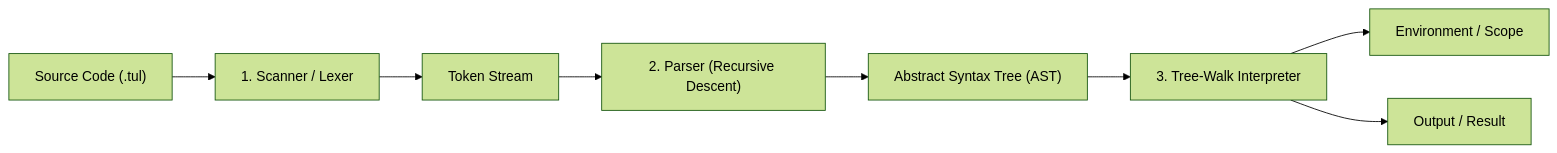
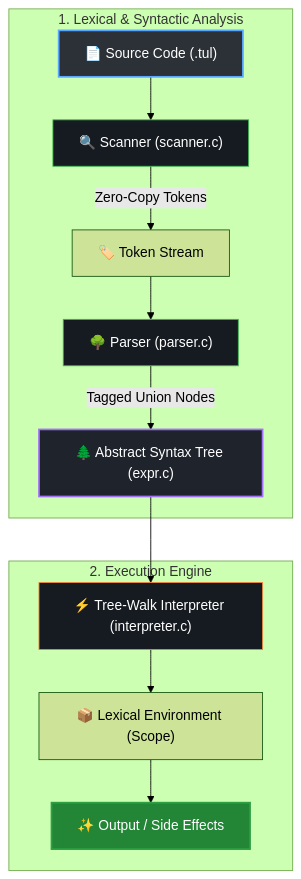
One commit to himanshu-shakya/Tul-X changed the diagram in README.md. Above: the diagram before and after it, drawn with Mermaid (forest theme). The commit also changed other lines of this file, not shown here.

Commit message:
docs: upgrade README with architecture diagrams, systems engineering deep-dive, and test matrix

````diff
--- a/README.md
+++ b/README.md
@@ -29,10 +95,22 @@
 ```mermaid
-flowchart LR
-    Source["Source Code (.tul)"] --> Scanner["1. Scanner / Lexer"]
-    Scanner --> Tokens["Token Stream"]
-    Tokens --> Parser["2. Parser (Recursive Descent)"]
-    Parser --> AST["Abstract Syntax Tree (AST)"]
-    AST --> Interpreter["3. Tree-Walk Interpreter"]
-    Interpreter --> Environment["Environment / Scope"]
-    Interpreter --> Output["Output / Result"]
+flowchart TD
+    subgraph Frontend["1. Lexical & Syntactic Analysis"]
+        Source["📄 Source Code (.tul)"] --> Scanner["🔍 Scanner (scanner.c)"]
+        Scanner -->|"Zero-Copy Tokens"| Tokens["🏷️ Token Stream"]
+        Tokens --> Parser["🌳 Parser (parser.c)"]
+        Parser -->|"Tagged Union Nodes"| AST["🌲 Abstract Syntax Tree (expr.c)"]
+    end
+
+    subgraph Runtime["2. Execution Engine"]
+        AST --> Interpreter["⚡ Tree-Walk Interpreter (interpreter.c)"]
+        Interpreter --> Scope["📦 Lexical Environment (Scope)"]
+        Scope --> Execution["✨ Output / Side Effects"]
+    end
+
+    style Source fill:#2b3137,stroke:#58a6ff,stroke-width:2px,color:#fff
+    style Scanner fill:#161b22,stroke:#3fb950,stroke-width:1px,color:#fff
+    style Parser fill:#161b22,stroke:#3fb950,stroke-width:1px,color:#fff
+    style AST fill:#1f242c,stroke:#a371f7,stroke-width:2px,color:#fff
+    style Interpreter fill:#161b22,stroke:#f0883e,stroke-width:1px,color:#fff
+    style Execution fill:#238636,stroke:#2ea043,stroke-width:2px,color:#fff
 ```
````
